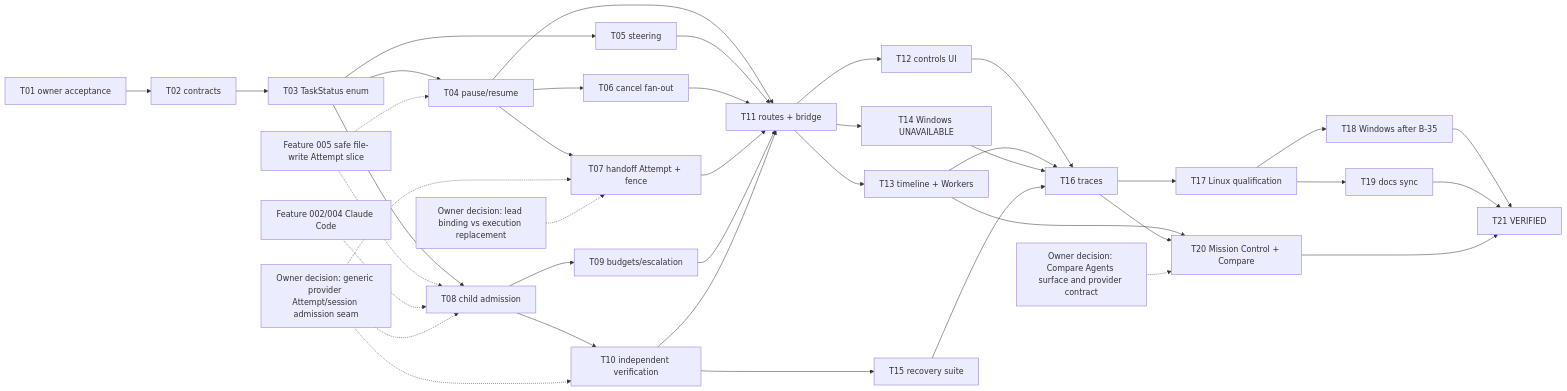
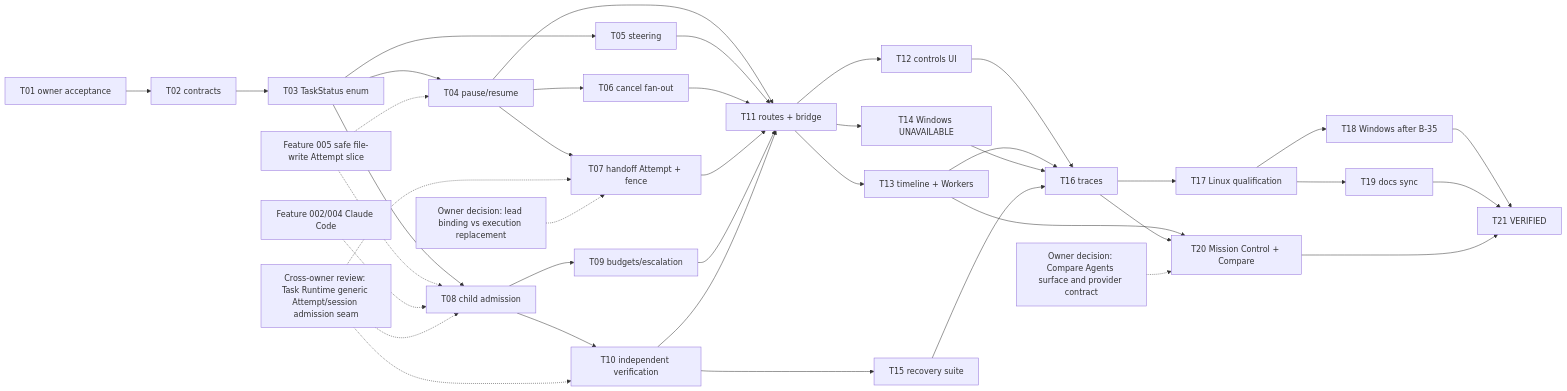
One commit to sarv-projects/litecowork changed the diagram in specs/015-task-control-delegation/PLAN.md. Above: the diagram before and after it, drawn with Mermaid. The commit also changed other lines of this file and 146 other files, not shown here.

````diff
--- a/specs/015-task-control-delegation/PLAN.md
+++ b/specs/015-task-control-delegation/PLAN.md
@@ -14,31 +14,31 @@
 ```mermaid
 flowchart LR
   T01[T01 owner acceptance] --> T02[T02 contracts]
   T02 --> T03[T03 TaskStatus enum]
   T03 --> T04[T04 pause/resume]
   T03 --> T05[T05 steering]
   T04 --> T06[T06 cancel fan-out]
   T04 --> T07[T07 handoff Attempt + fence]
   T03 --> T08[T08 child admission]
   T08 --> T09[T09 budgets/escalation]
   T08 --> T10[T10 independent verification]
   T04 & T05 & T06 & T07 & T09 & T10 --> T11[T11 routes + bridge]
   T11 --> T12[T12 controls UI]
   T11 --> T13[T13 timeline + Workers]
   T11 --> T14[T14 Windows UNAVAILABLE]
   T10 --> T15[T15 recovery suite]
   T12 & T13 & T14 & T15 --> T16[T16 traces]
   T16 --> T17[T17 Linux qualification]
   T17 --> T18[T18 Windows after B-35]
   T17 --> T19[T19 docs sync]
   T13 & T16 --> T20[T20 Mission Control + Compare]
   O09[Owner decision: Compare Agents surface and provider contract] -.-> T20
   T18 & T19 & T20 --> T21[T21 VERIFIED]
   F005[Feature 005 safe file-write Attempt slice] -.-> T04
   F005 -.-> T08
   F004[Feature 002/004 Claude Code] -.-> T08
-  O06[Owner decision: generic provider Attempt/session admission seam] -.-> T07
+  O06[Cross-owner review: Task Runtime generic Attempt/session admission seam] -.-> T07
   O06 -.-> T08
   O06 -.-> T10
   O07[Owner decision: lead binding vs execution replacement] -.-> T07
 ```
````
